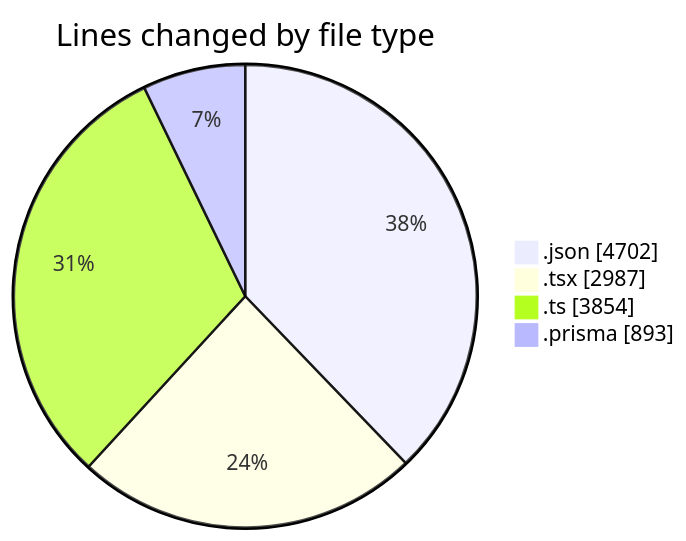
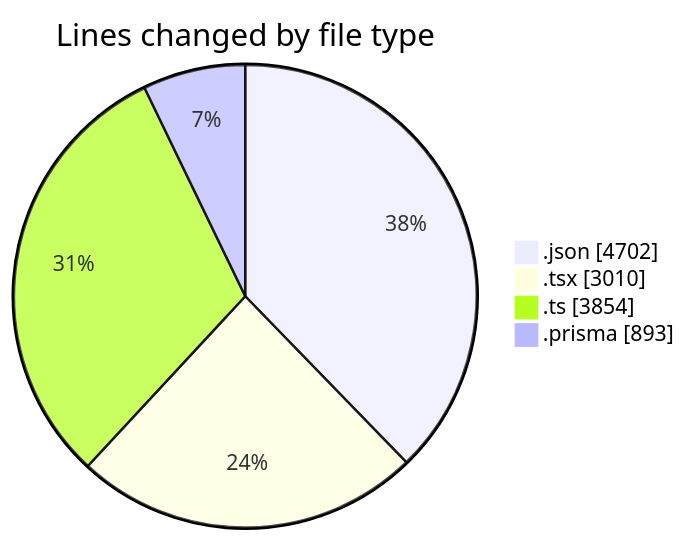
Before and after one commit to CELIANVF/code-tracking: the first of 2 diagrams in 2025-05-05/ecodeli/README.md, drawn with Mermaid. The commit also changed other lines of this file and 1 other file, not shown here.

````diff
--- a/2025-05-05/ecodeli/README.md
+++ b/2025-05-05/ecodeli/README.md
@@ -46,8 +46,8 @@
 ```mermaid
 pie showData
 title Lines changed by file type
 ".json" : 4702
-".tsx" : 2987
+".tsx" : 3010
 ".ts" : 3854
 ".prisma" : 893
 ```
````
